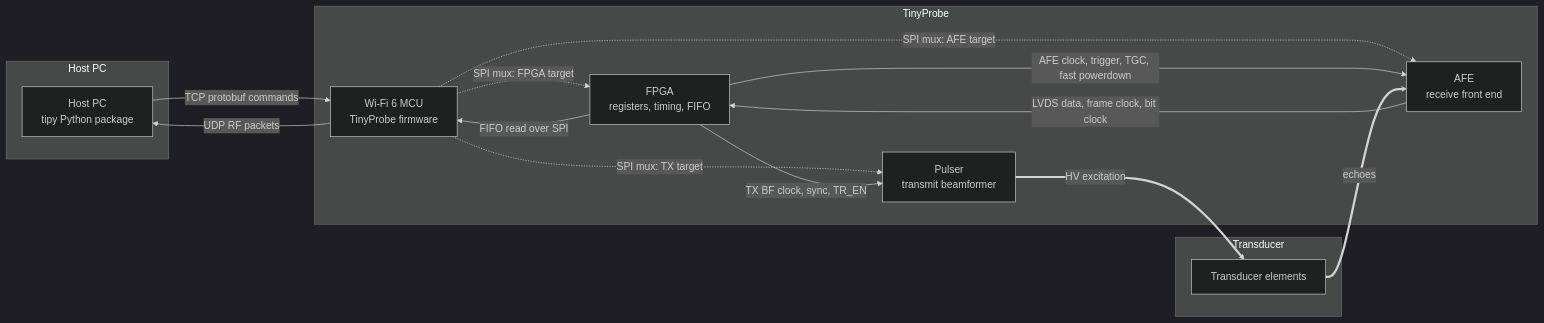
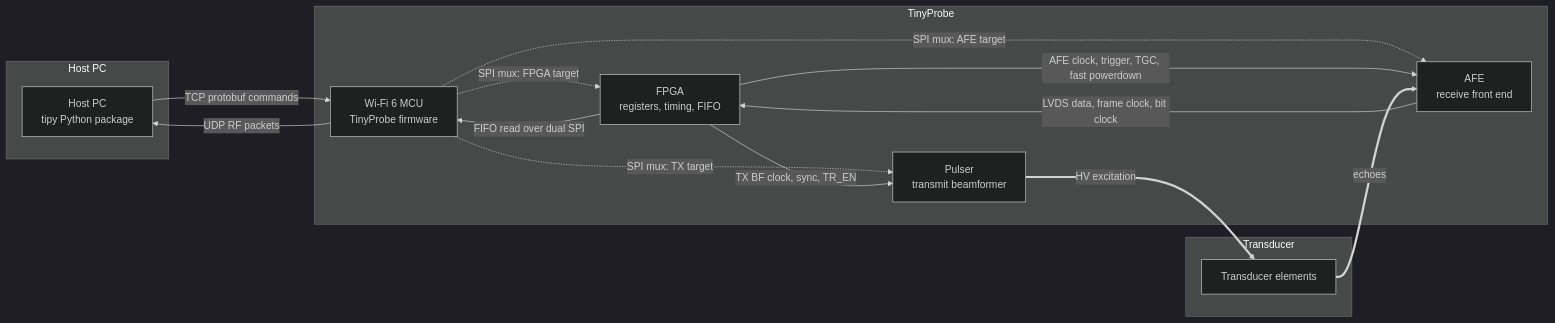
One commit to pulp-bio/TinyProbe changed the diagram in docs/system/index.md. Above: the diagram before and after it, drawn with Mermaid (dark theme). The commit also changed other lines of this file and 12 other files, not shown here.

````diff
--- a/docs/system/index.md
+++ b/docs/system/index.md
@@ -7,33 +7,33 @@
 ```mermaid
 flowchart LR
     Host["Host PC<br/>tipy Python package"] -->|"TCP protobuf commands"| MCU["Wi-Fi 6 MCU<br/>TinyProbe firmware"]
 
     MCU -.->|"SPI mux: FPGA target"| FPGA["FPGA<br/>registers, timing, FIFO"]
     MCU -.->|"SPI mux: AFE target"| AFE["AFE <br/>receive front end"]
     MCU -.->|"SPI mux: TX target"| TX["Pulser<br/>transmit beamformer"]
 
     FPGA -->|"AFE clock, trigger, TGC, fast powerdown"| AFE
     FPGA -->|"TX BF clock, sync, TR_EN"| TX
 
     TX ==>|"HV excitation"| Probe["Transducer elements"]
     Probe ==>|"echoes"| AFE
 
     AFE -->|"LVDS data, frame clock, bit clock"| FPGA
-    FPGA -->|"FIFO read over SPI"| MCU
+    FPGA -->|"FIFO read over dual SPI"| MCU
     MCU -->|"UDP RF packets"| Host
 
     subgraph host ["Host PC"]
         Host
     end
 
     subgraph tinyprobe ["TinyProbe"]
         MCU
         FPGA
         AFE
         TX
     end
 
     subgraph transducer ["Transducer"]
         Probe
     end
 ```
````
